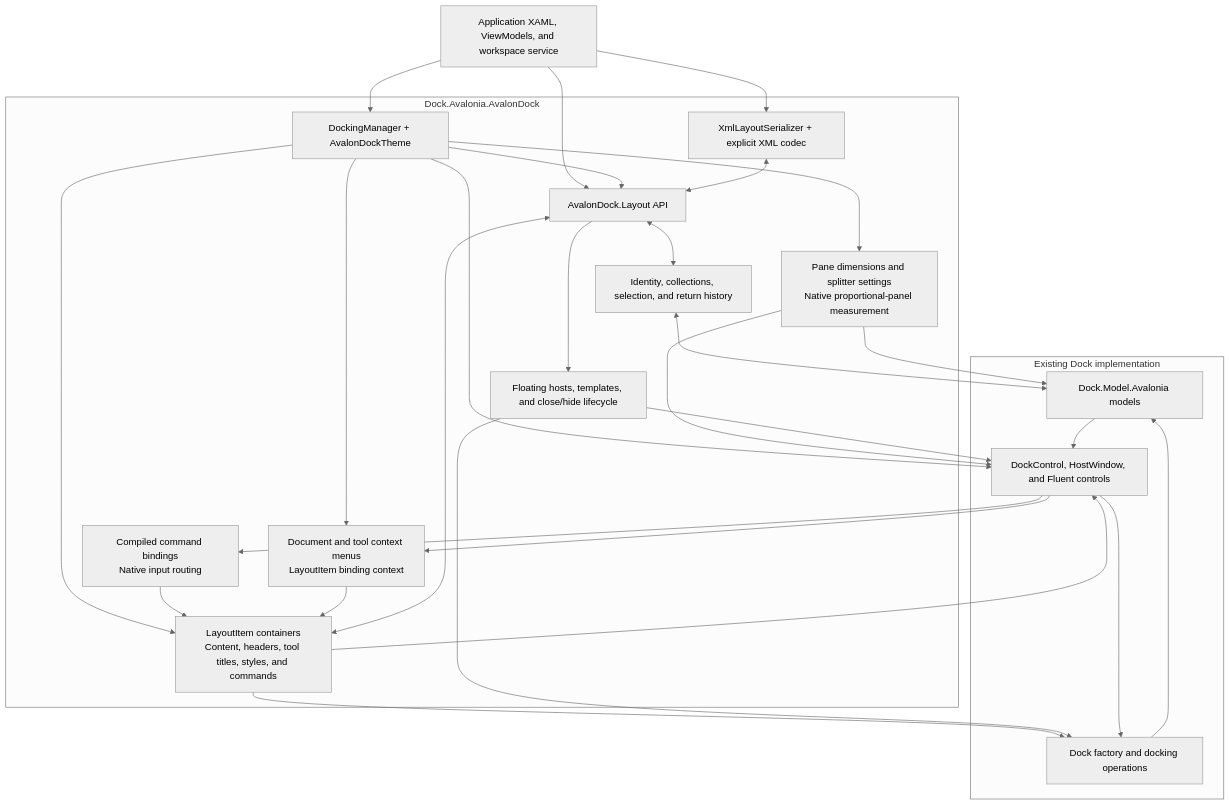
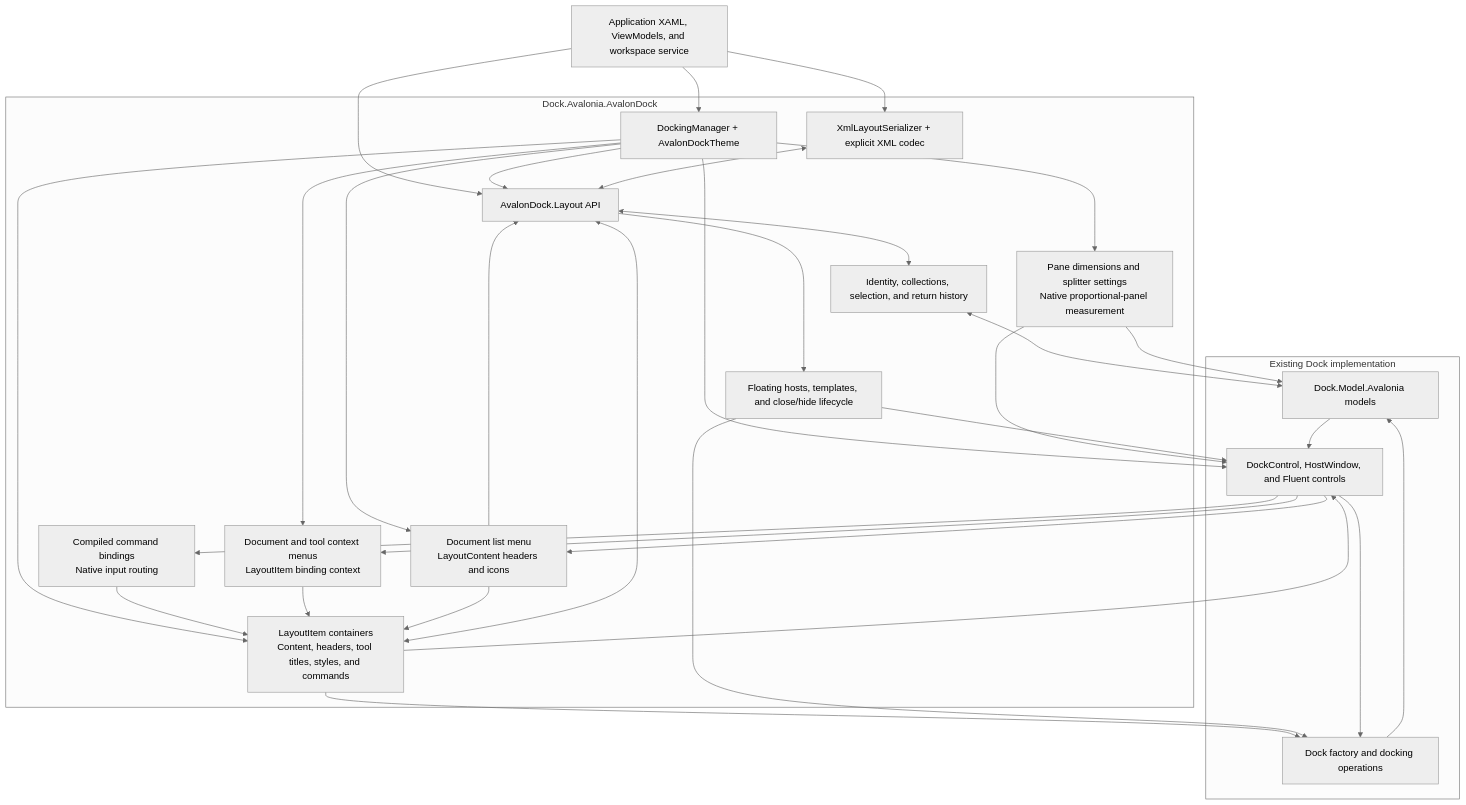
Before and after one commit to wieslawsoltes/Dock: the diagram in docfx/articles/dock-avalondock.md, drawn with Mermaid (neutral theme). The commit also changed other lines of this file and 22 other files, not shown here.

Commit message:
Add native AvalonDock document list menus and templates

````diff
--- a/docfx/articles/dock-avalondock.md
+++ b/docfx/articles/dock-avalondock.md
@@ -529,46 +569,51 @@
 ```mermaid
 flowchart TB
     App["Application XAML, ViewModels, and workspace service"]
     subgraph Compatibility["Dock.Avalonia.AvalonDock"]
         Manager["DockingManager + AvalonDockTheme"]
         Layout["AvalonDock.Layout API"]
         Items["LayoutItem containers<br/>Content, headers, tool titles, styles, and commands"]
         Commands["Compiled command bindings<br/>Native input routing"]
         Menus["Document and tool context menus<br/>LayoutItem binding context"]
+        DocumentList["Document list menu<br/>LayoutContent headers and icons"]
         Bridge["Identity, collections, selection, and return history"]
         Sizing["Pane dimensions and splitter settings<br/>Native proportional-panel measurement"]
         Lifecycle["Floating hosts, templates, and close/hide lifecycle"]
         Xml["XmlLayoutSerializer + explicit XML codec"]
     end
     subgraph Native["Existing Dock implementation"]
         Models["Dock.Model.Avalonia models"]
         Factory["Dock factory and docking operations"]
         Controls["DockControl, HostWindow, and Fluent controls"]
     end
     App --> Manager
     App --> Layout
     App --> Xml
     Manager --> Layout
     Manager --> Items
     Items <--> Layout
     Items --> Factory
     Items --> Controls
     Controls --> Commands
     Commands --> Items
     Manager --> Menus
     Controls --> Menus
     Menus --> Items
+    Manager --> DocumentList
+    Controls --> DocumentList
+    DocumentList --> Layout
+    DocumentList --> Items
     Manager --> Controls
     Layout <--> Bridge
     Bridge <--> Models
     Manager --> Sizing
     Sizing --> Models
     Sizing --> Controls
     Layout --> Lifecycle
     Lifecycle --> Factory
     Lifecycle --> Controls
     Controls --> Factory
     Factory --> Models
     Models --> Controls
     Xml <--> Layout
 ```
````
